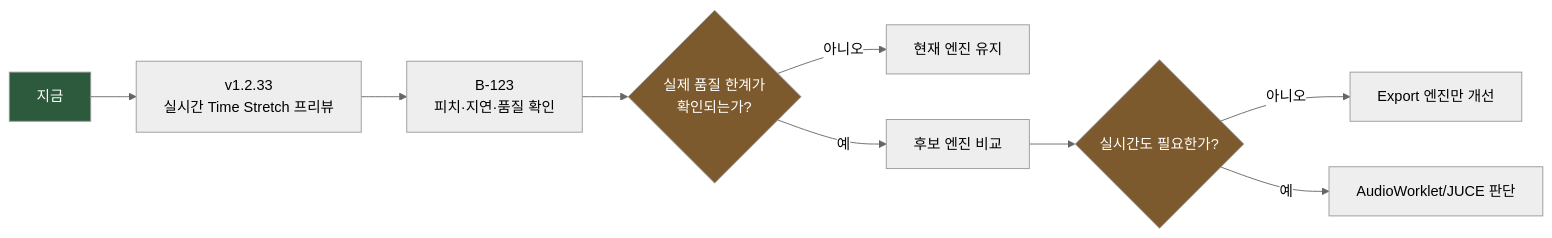
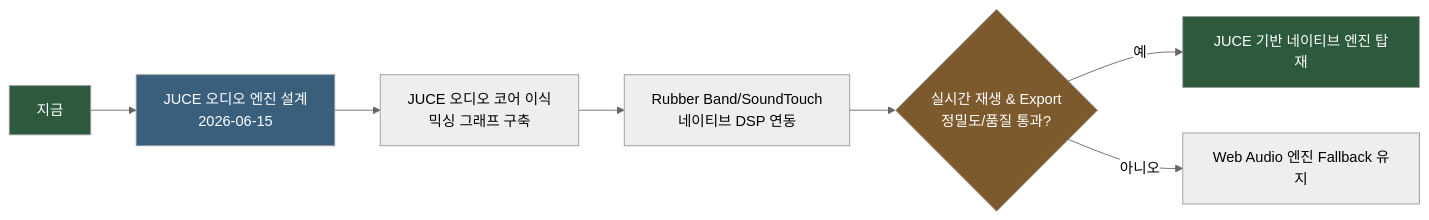
The fifth of 5 diagrams in 개발-프로세스.md (limsunglyong/FocusDAW-Studio), drawn with Mermaid (neutral theme) before and after one commit. The commit also changed other lines of this file and 387 other files, not shown here.

````diff
--- a/개발-프로세스.md
+++ b/개발-프로세스.md
@@ -224,15 +184,14 @@
 ```mermaid
 flowchart LR
-    NOW["지금"] --> PREVIEW[v1.2.33<br/>실시간 Time Stretch 프리뷰]
-    PREVIEW --> B123[B-123<br/>피치·지연·품질 확인]
-    B123 --> WHEN{실제 품질 한계가<br/>확인되는가?}
-    WHEN -->|아니오| KEEP[현재 엔진 유지]
-    WHEN -->|예| COMPARE[후보 엔진 비교]
-    COMPARE --> RT{실시간도 필요한가?}
-    RT -->|아니오| EXPORT[Export 엔진만 개선]
-    RT -->|예| WORKLET[AudioWorklet/JUCE 판단]
+    NOW["지금"] --> JUCE_DESIGN[JUCE 오디오 엔진 설계<br/>2026-06-15]
+    JUCE_DESIGN --> JUCE_BUILD[JUCE 오디오 코어 이식<br/>믹싱 그래프 구축]
+    JUCE_BUILD --> JUCE_DSP[Rubber Band/SoundTouch<br/>네이티브 DSP 연동]
+    JUCE_DSP --> JUCE_TEST{실시간 재생 & Export<br/>정밀도/품질 통과?}
+    JUCE_TEST -->|예| JUCE_RELEASE[JUCE 기반 네이티브 엔진 탑재]
+    JUCE_TEST -->|아니오| JUCE_FALLBACK[Web Audio 엔진 Fallback 유지]
 
     style NOW fill:#2d5a3d,color:#fff
-    style WHEN fill:#7d5a2d,color:#fff
-    style RT fill:#7d5a2d,color:#fff
+    style JUCE_DESIGN fill:#3a5f7d,color:#fff
+    style JUCE_TEST fill:#7d5a2d,color:#fff
+    style JUCE_RELEASE fill:#2d5a3d,color:#fff
 ```
````
